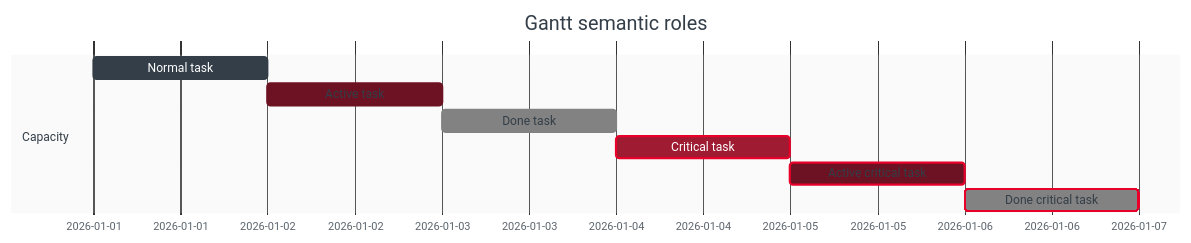
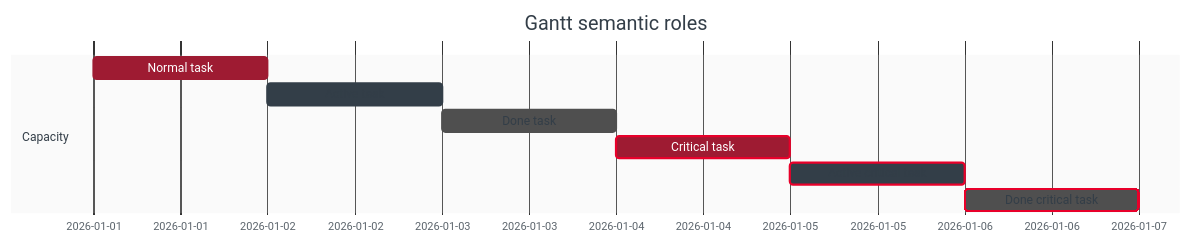
The diagram in skills/mermaid/assets/examples/mermaid-max-complexity/source/colorset1/gantt.mmd (gvillarroel/skills), drawn with Mermaid before and after one commit. The commit also changed 428 other files, not shown here.

```diff
--- a/skills/mermaid/assets/examples/mermaid-max-complexity/source/colorset1/gantt.mmd
+++ b/skills/mermaid/assets/examples/mermaid-max-complexity/source/colorset1/gantt.mmd
@@ -1,65 +1,65 @@
 ---
 # mermaid: config begin
 config:
   theme: "base"
   themeVariables:
     background: "#ffffff"
     primaryColor: "#9e1b32"
     primaryTextColor: "#ffffff"
     primaryBorderColor: "#9e1b32"
     secondaryColor: "#333e48"
     secondaryTextColor: "#ffffff"
     secondaryBorderColor: "#333e48"
-    tertiaryColor: "#6d1222"
+    tertiaryColor: "#4f4f4f"
     tertiaryTextColor: "#ffffff"
-    tertiaryBorderColor: "#6d1222"
+    tertiaryBorderColor: "#4f4f4f"
     lineColor: "#696969"
     textColor: "#333e48"
     mainBkg: "#9e1b32"
     nodeBkg: "#9e1b32"
     nodeBorder: "#9e1b32"
     clusterBkg: "#e7e7e7"
     clusterBorder: "#9c9c9c"
     defaultLinkColor: "#696969"
     edgeLabelBackground: "#ffffff"
     labelColor: "#ffffff"
     titleColor: "#333e48"
     sectionBkgColor: "#e7e7e7"
     altSectionBkgColor: "#cfcfcf"
     sectionBkgColor2: "#e7e7e7"
-    taskBkgColor: "#333e48"
-    taskBorderColor: "#333e48"
+    taskBkgColor: "#9e1b32"
+    taskBorderColor: "#9e1b32"
     taskTextColor: "#ffffff"
     taskTextDarkColor: "#333e48"
     taskTextLightColor: "#ffffff"
     taskTextOutsideColor: "#333e48"
-    activeTaskBkgColor: "#6d1222"
-    activeTaskBorderColor: "#6d1222"
-    doneTaskBkgColor: "#828282"
-    doneTaskBorderColor: "#828282"
+    activeTaskBkgColor: "#333e48"
+    activeTaskBorderColor: "#333e48"
+    doneTaskBkgColor: "#4f4f4f"
+    doneTaskBorderColor: "#4f4f4f"
     critBkgColor: "#9e1b32"
     critBorderColor: "#e8002a"
     excludeBkgColor: "#e7e7e7"
     gridColor: "#9c9c9c"
     todayLineColor: "#e8002a"
   themeCSS: ".node > rect, .node > circle, .node > ellipse, .node > polygon, .node > path, rect.actor, .note, .task, .task0, .task1, .task2, .task3 { stroke-width: 0 !important; }"
 # mermaid: config end
 # mermaid: metadata begin
 mermaid:
   colorset: "colorset1"
   mode: "standard"
   palette: "basic-red-neutral-style"
 # mermaid: metadata end
 ---
 gantt
   accTitle: Gantt maximum complexity showcase
   accDescr: Six dated tasks expose every Gantt status combination from normal through done-critical.
   title Gantt semantic roles
   dateFormat YYYY-MM-DD
   section Capacity
     Normal task :normal, 2026-01-01, 1d
     Active task :active, active_task, 2026-01-02, 1d
     Done task :done, done_task, 2026-01-03, 1d
     Critical task :crit, critical_task, 2026-01-04, 1d
     Active critical task :crit, active, active_critical, 2026-01-05, 1d
     Done critical task :crit, done, done_critical, 2026-01-06, 1d
```
